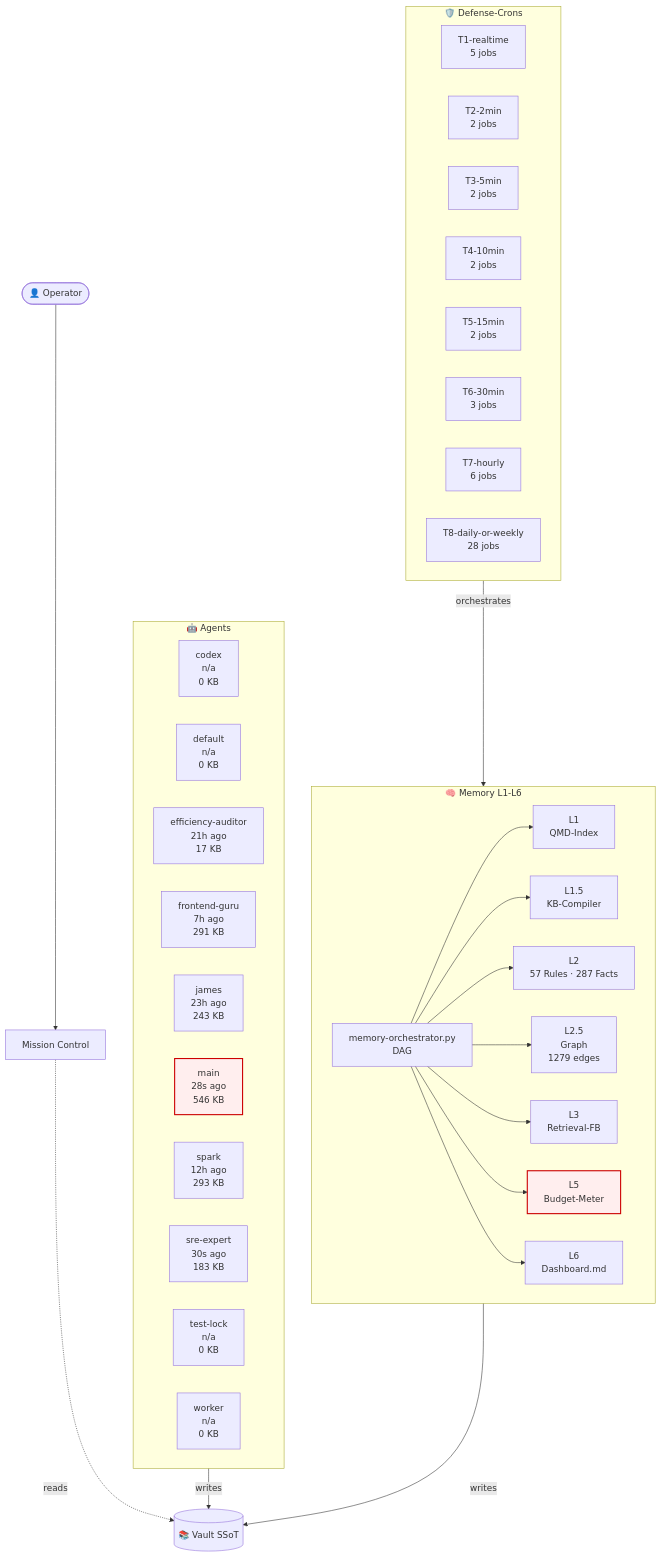
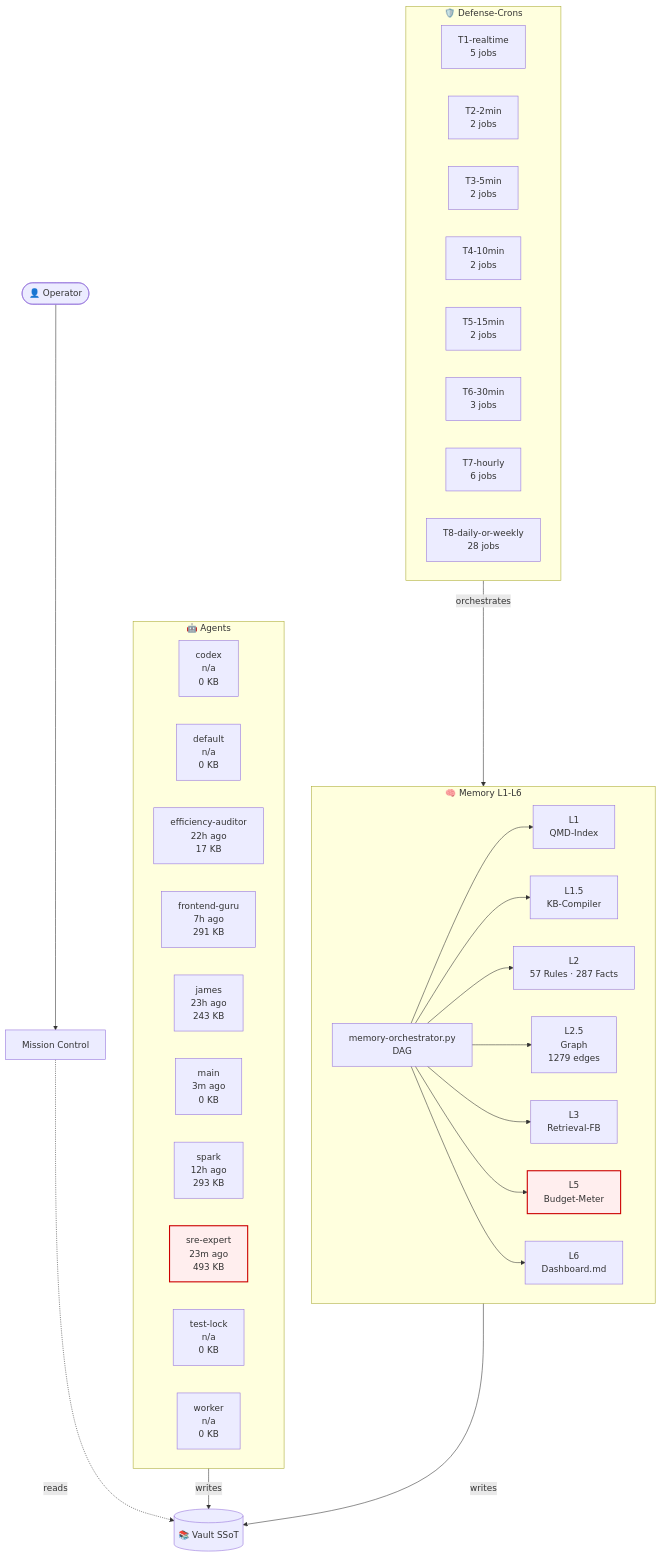
One commit to lenardhuebner88-rgb/openclaw-memory changed the diagram in 03-Agents/architecture-live.md. Above: the diagram before and after it, drawn with Mermaid. The commit also changed other lines of this file and 15 other files, not shown here.

````diff
--- a/03-Agents/architecture-live.md
+++ b/03-Agents/architecture-live.md
@@ -18,53 +18,53 @@
 ```mermaid
 flowchart TB
     classDef critical fill:#fee,stroke:#c00,stroke-width:2px;
     subgraph AGT["🤖 Agents"]
         agent_codex["codex<br/>n/a<br/>0 KB"]
         agent_default["default<br/>n/a<br/>0 KB"]
-        agent_efficiency_auditor["efficiency-auditor<br/>21h ago<br/>17 KB"]
+        agent_efficiency_auditor["efficiency-auditor<br/>22h ago<br/>17 KB"]
         agent_frontend_guru["frontend-guru<br/>7h ago<br/>291 KB"]
         agent_james["james<br/>23h ago<br/>243 KB"]
-        agent_main["main<br/>28s ago<br/>546 KB"]
+        agent_main["main<br/>3m ago<br/>0 KB"]
         agent_spark["spark<br/>12h ago<br/>293 KB"]
-        agent_sre_expert["sre-expert<br/>30s ago<br/>183 KB"]
+        agent_sre_expert["sre-expert<br/>23m ago<br/>493 KB"]
         agent_test_lock["test-lock<br/>n/a<br/>0 KB"]
         agent_worker["worker<br/>n/a<br/>0 KB"]
     end
     subgraph MEM["🧠 Memory L1-L6"]
         L1["L1<br/>QMD-Index"]
         L15["L1.5<br/>KB-Compiler"]
         L2["L2<br/>57 Rules · 287 Facts"]
         L25["L2.5<br/>Graph<br/>1279 edges"]
         L3["L3<br/>Retrieval-FB"]
         L5["L5<br/>Budget-Meter"]
         L6["L6<br/>Dashboard.md"]
         ORCH["memory-orchestrator.py<br/>DAG"]
     end
     subgraph CRN["🛡️ Defense-Crons"]
         tier_T1_realtime["T1-realtime<br/>5 jobs"]
         tier_T2_2min["T2-2min<br/>2 jobs"]
         tier_T3_5min["T3-5min<br/>2 jobs"]
         tier_T4_10min["T4-10min<br/>2 jobs"]
         tier_T5_15min["T5-15min<br/>2 jobs"]
         tier_T6_30min["T6-30min<br/>3 jobs"]
         tier_T7_hourly["T7-hourly<br/>6 jobs"]
         tier_T8_daily_or_weekly["T8-daily-or-weekly<br/>28 jobs"]
     end
     VAULT[("📚 Vault SSoT")]
     OP([👤 Operator])
     MC["Mission Control"]
     OP --> MC
     MC -.reads.-> VAULT
     AGT -->|writes| VAULT
     MEM -->|writes| VAULT
     ORCH --> L1
     ORCH --> L15
     ORCH --> L2
     ORCH --> L25
     ORCH --> L3
     ORCH --> L5
     ORCH --> L6
     CRN -->|orchestrates| MEM
     class L5 critical
-    class agent_main critical
+    class agent_sre_expert critical
 ```
````
